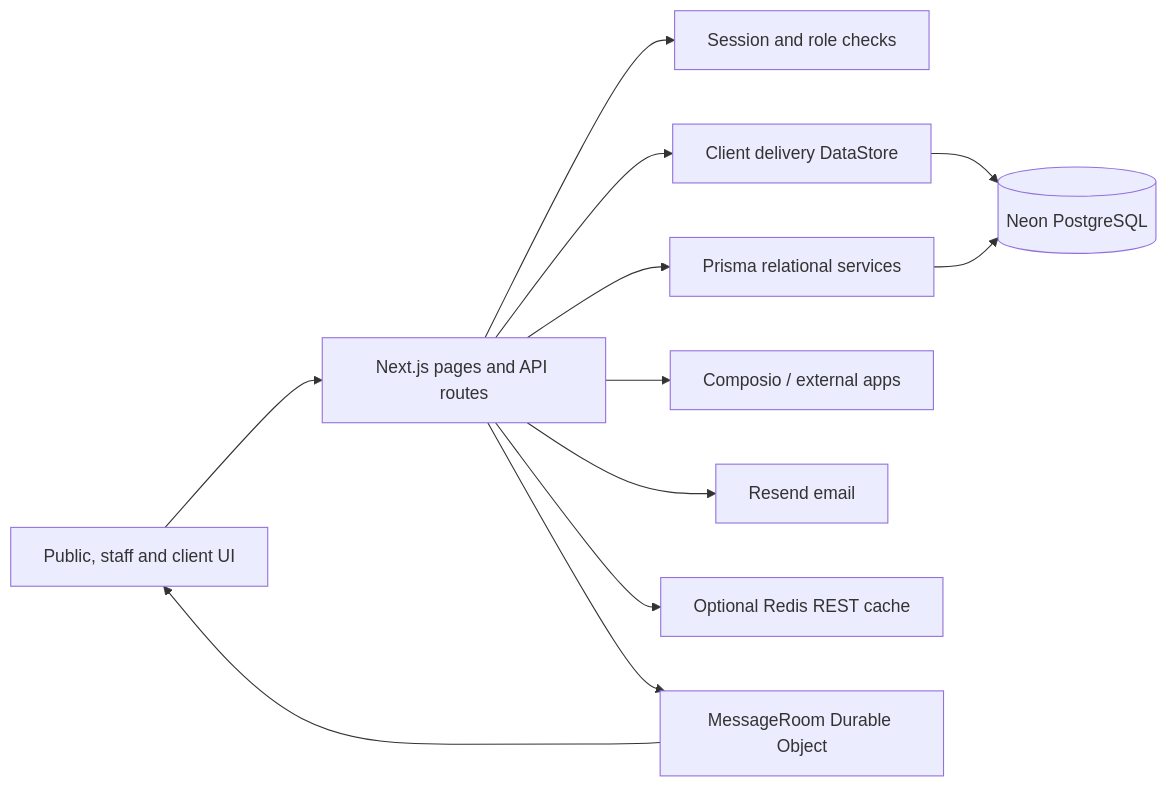
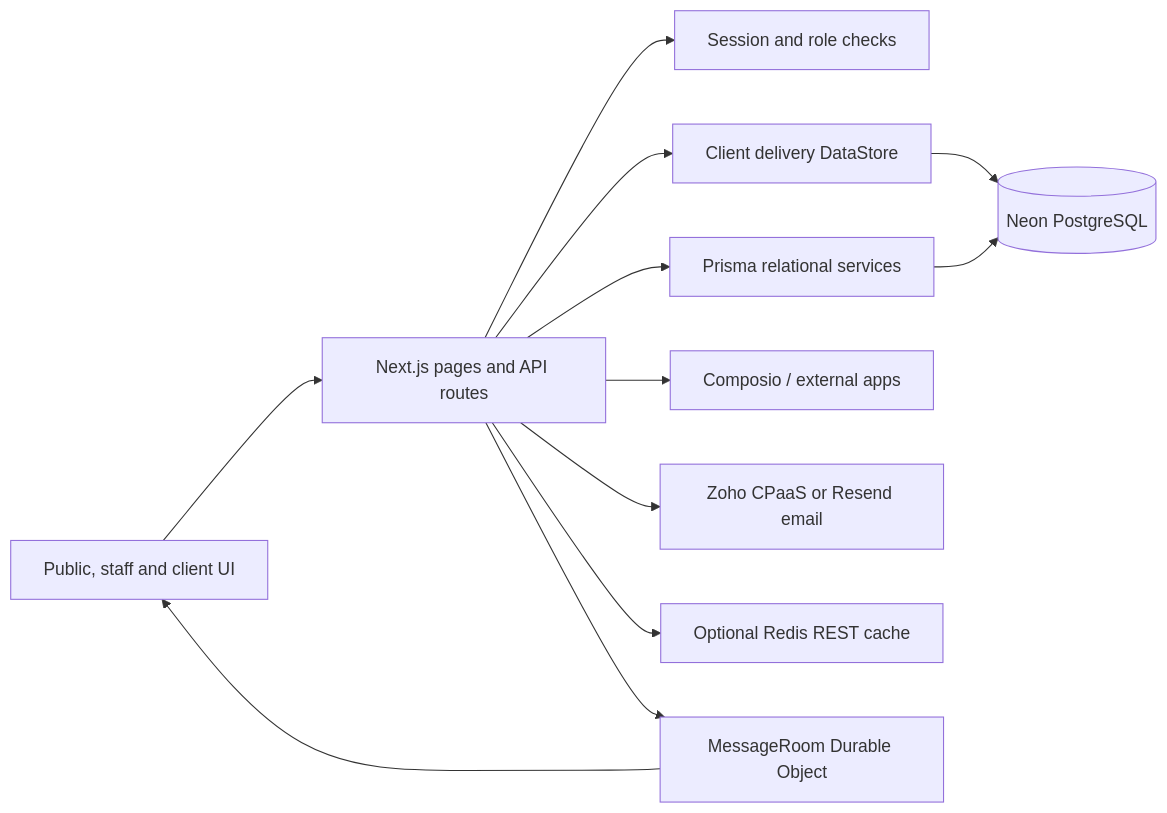
One commit to brcbro/boatship changed the diagram in architecture/README.md. Above: the diagram before and after it, drawn with Mermaid. The commit also changed 1 other file, not shown here.

Commit message:
Record Zoho and Cloudflare release verification

````diff
--- a/architecture/README.md
+++ b/architecture/README.md
@@ -22,14 +22,14 @@
 ```mermaid
 flowchart LR
   Browser[Public, staff and client UI] --> Next[Next.js pages and API routes]
   Next --> Auth[Session and role checks]
   Next --> Store[Client delivery DataStore]
   Next --> Relational[Prisma relational services]
   Store --> Neon[(Neon PostgreSQL)]
   Relational --> Neon
   Next --> Composio[Composio / external apps]
-  Next --> Resend[Resend email]
+  Next --> Email[Zoho CPaaS or Resend email]
   Next --> Redis[Optional Redis REST cache]
   Next --> DO[MessageRoom Durable Object]
   DO --> Browser
 ```
````
